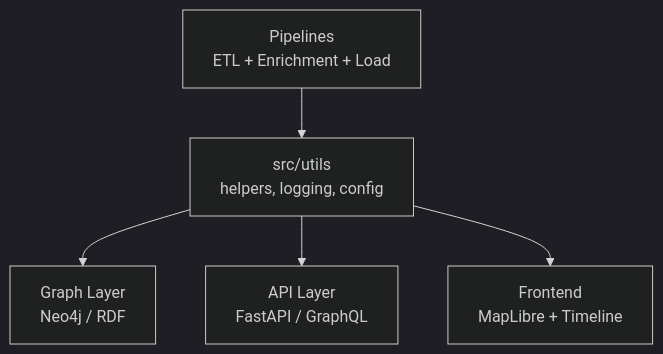
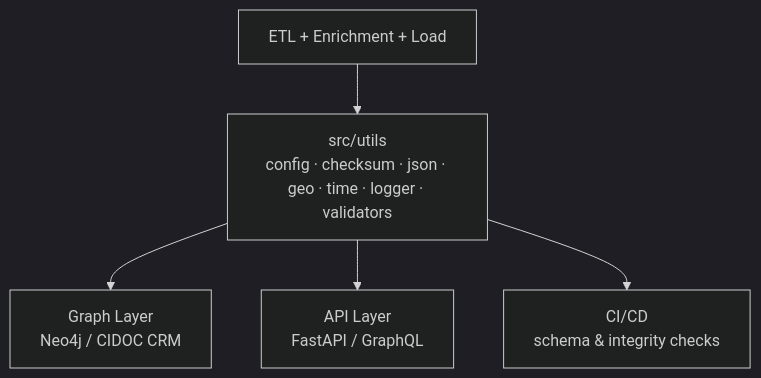
Before and after one commit to bartytime4life/Kansas-Frontier-Matrix: the diagram in src/utils/README.md, drawn with Mermaid (dark theme). The commit also changed other lines of this file, not shown here.

`````diff
--- a/src/utils/README.md
+++ b/src/utils/README.md
@@ -34,7 +45,7 @@
 ```mermaid
 flowchart TD
-    A["Pipelines<br/>ETL + Enrichment + Load"] --> B["src/utils<br/>helpers, logging, config"]
-    B --> C["Graph Layer<br/>Neo4j / RDF"]
-    B --> D["API Layer<br/>FastAPI / GraphQL"]
-    B --> E["Frontend<br/>MapLibre + Timeline"]
-````
+    A["ETL + Enrichment + Load"] --> U["src/utils<br/>config · checksum · json · geo · time · logger · validators"]
+    U --> G["Graph Layer<br/>Neo4j / CIDOC CRM"]
+    U --> API["API Layer<br/>FastAPI / GraphQL"]
+    U --> CI["CI/CD<br/>schema & integrity checks"]
+```
`````
